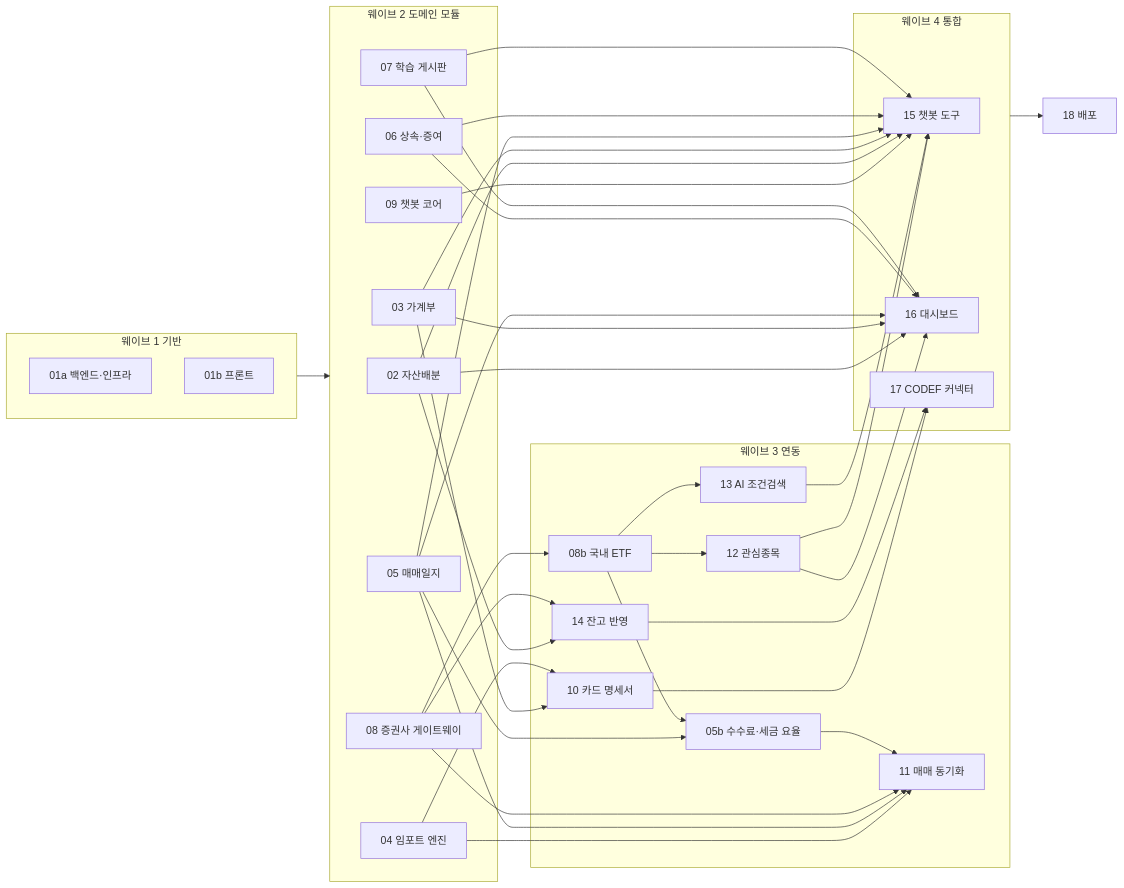
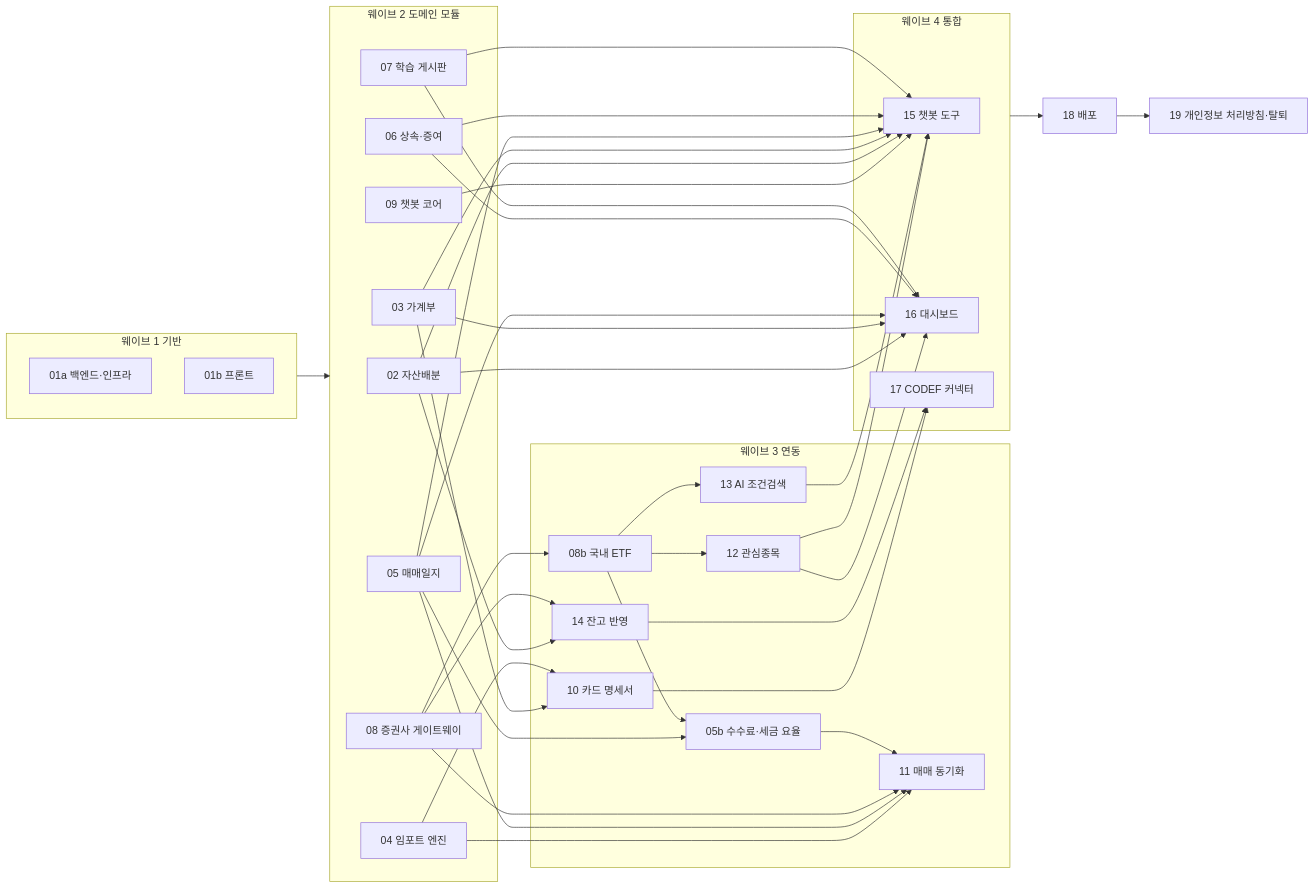
Before and after one commit to ohch9712/all-weather-finance: the diagram in docs/roadmap.md, drawn with Mermaid. The commit also changed other lines of this file and 3 other files, not shown here.

Commit message:
스펙 19 개인정보 처리방침·회원 탈퇴·만 14세 확인 추가

````diff
--- a/docs/roadmap.md
+++ b/docs/roadmap.md
@@ -8,52 +8,54 @@
 ```mermaid
 flowchart LR
   subgraph W1[웨이브 1 기반]
     T01a[01a 백엔드·인프라]
     T01b[01b 프론트]
   end
   subgraph W2[웨이브 2 도메인 모듈]
     T02[02 자산배분]
     T03[03 가계부]
     T04[04 임포트 엔진]
     T05[05 매매일지]
     T06[06 상속·증여]
     T07[07 학습 게시판]
     T08[08 증권사 게이트웨이]
     T09[09 챗봇 코어]
   end
   subgraph W3[웨이브 3 연동]
     T10[10 카드 명세서]
     T11[11 매매 동기화]
     T05b[05b 수수료·세금 요율]
     T08b[08b 국내 ETF]
     T12[12 관심종목]
     T13[13 AI 조건검색]
     T14[14 잔고 반영]
   end
   subgraph W4[웨이브 4 통합]
     T15[15 챗봇 도구]
     T16[16 대시보드]
     T17[17 CODEF 커넥터]
   end
   T18[18 배포]
+  T19[19 개인정보 처리방침·탈퇴]
   W1 --> W2
   T03 --> T10
   T04 --> T10
   T04 --> T11
   T05 --> T11
   T08 --> T11
   T08 --> T08b
   T05 --> T05b
   T08b --> T05b
   T05b --> T11
   T08b --> T12
   T08b --> T13
   T02 --> T14
   T08 --> T14
   T09 --> T15
   T02 & T03 & T05 & T06 & T07 & T12 & T13 --> T15
   T02 & T03 & T05 & T06 & T07 & T12 --> T16
   T10 --> T17
   T14 --> T17
   W4 --> T18
+  T18 --> T19
 ```
````
